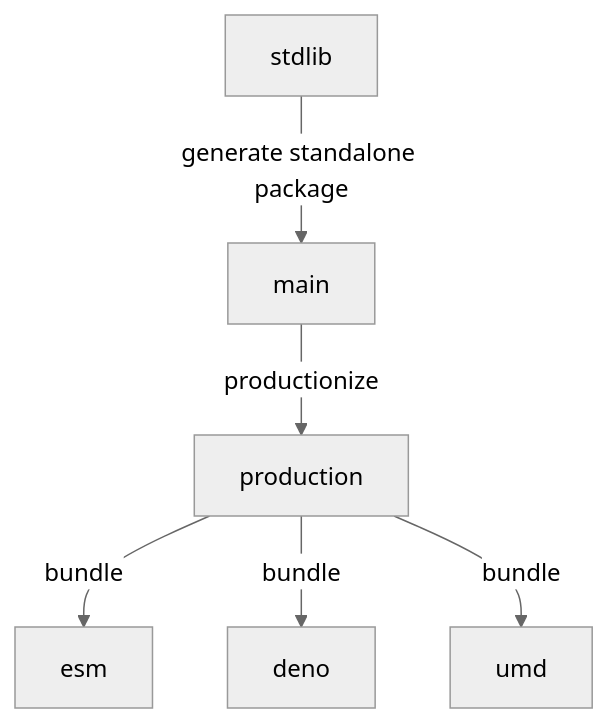
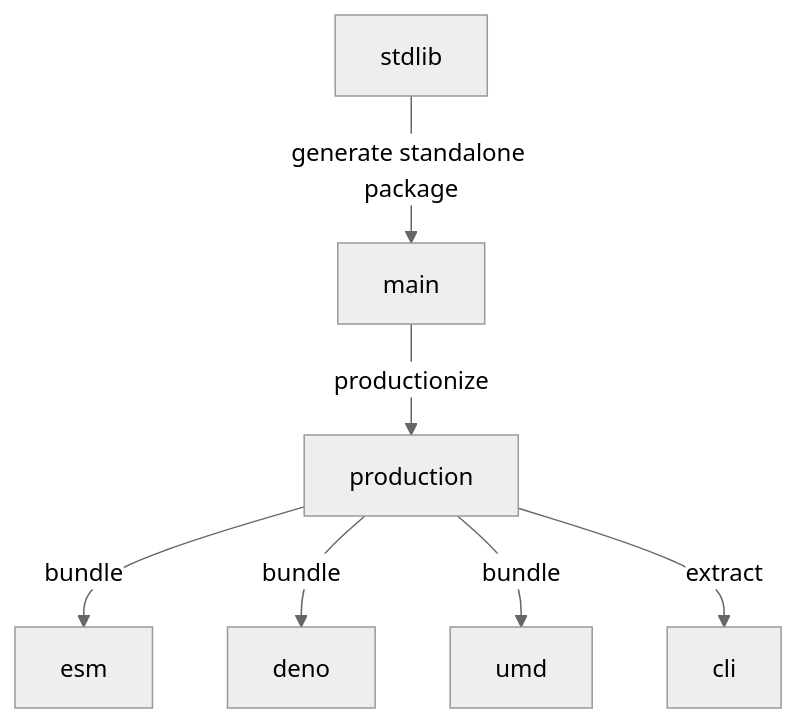
Before and after one commit to stdlib-js/string-right-trim: the diagram in branches.md, drawn with Mermaid (neutral theme). The commit also changed other lines of this file and 8 other files, not shown here.

````diff
--- a/branches.md
+++ b/branches.md
@@ -33,15 +34,17 @@
 ```mermaid
 graph TD;
 A[stdlib]-->|generate standalone package|B;
 B[main] -->|productionize| C[production];
 C -->|bundle| D[esm];
 C -->|bundle| E[deno];
 C -->|bundle| F[umd];
+C -->|extract| G[cli];
 
-click A href "https://github.com/stdlib-js/stdlib/tree/develop/lib/node_modules/%40stdlib/string/right-trim"
-click B href "https://github.com/stdlib-js/string-right-trim/tree/main"
-click C href "https://github.com/stdlib-js/string-right-trim/tree/production"
-click D href "https://github.com/stdlib-js/string-right-trim/tree/esm"
-click E href "https://github.com/stdlib-js/string-right-trim/tree/deno"
-click F href "https://github.com/stdlib-js/string-right-trim/tree/umd"
+%% click A href "https://github.com/stdlib-js/stdlib/tree/develop/lib/node_modules/%40stdlib/string/right-trim"
+%% click B href "https://github.com/stdlib-js/string-right-trim/tree/main"
+%% click C href "https://github.com/stdlib-js/string-right-trim/tree/production"
+%% click D href "https://github.com/stdlib-js/string-right-trim/tree/esm"
+%% click E href "https://github.com/stdlib-js/string-right-trim/tree/deno"
+%% click F href "https://github.com/stdlib-js/string-right-trim/tree/umd"
+%% click G href "https://github.com/stdlib-js/string-right-trim/tree/cli"
 ```
````
